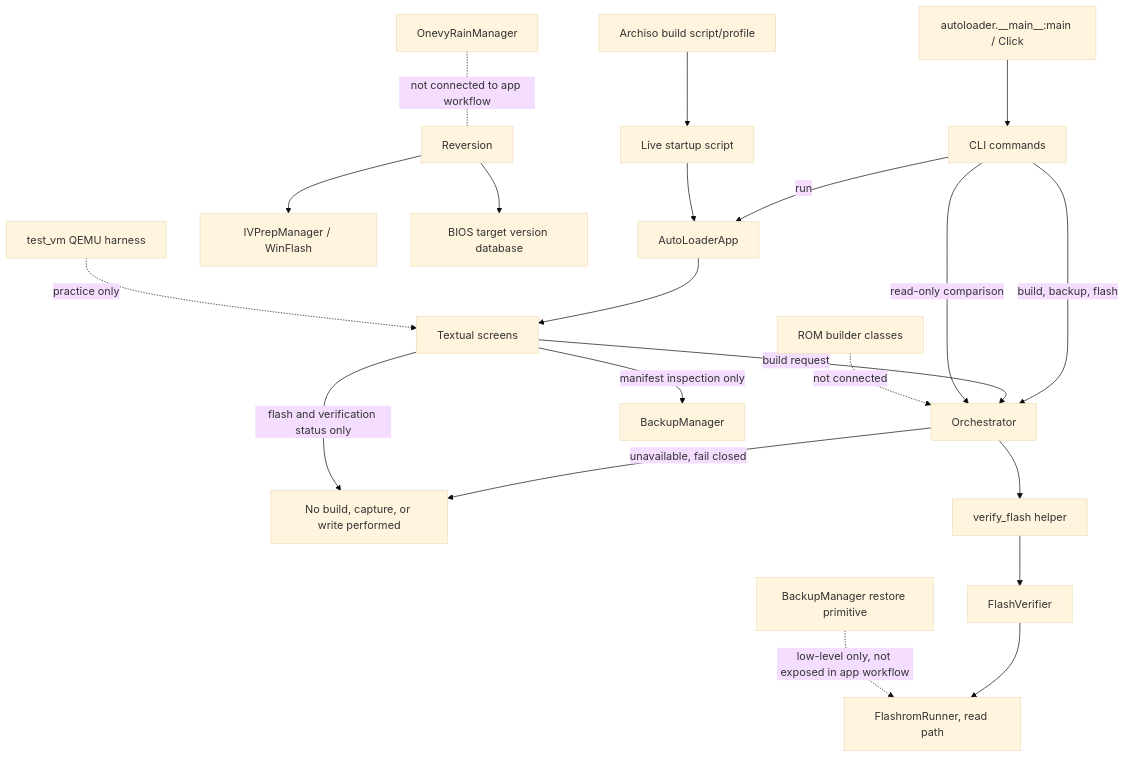
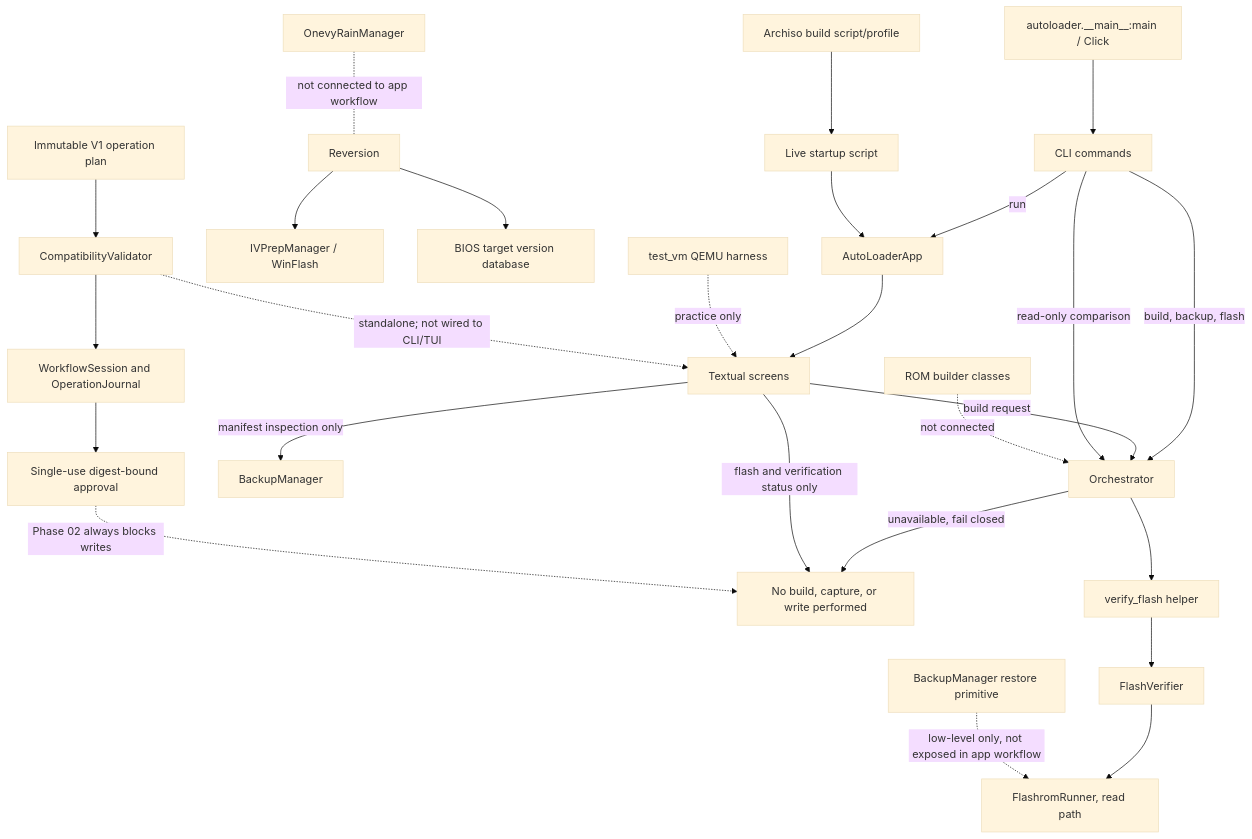
The diagram in docs/v1/ARCHITECTURE.md (abharrison1995-droid/Libre_Core-AutoLoader), drawn with Mermaid (base theme) before and after one commit. The commit also changed other lines of this file and 15 other files, not shown here.

````diff
--- a/docs/v1/ARCHITECTURE.md
+++ b/docs/v1/ARCHITECTURE.md
@@ -5,23 +5,28 @@
 ```mermaid
 flowchart TD
   Entry[autoloader.__main__:main / Click] --> CLI[CLI commands]
   CLI -->|run| App[AutoLoaderApp]
   App --> Screens[Textual screens]
   CLI -->|build, backup, flash| Orch[Orchestrator]
   Screens -->|build request| Orch
   Orch -->|unavailable, fail closed| Result[No build, capture, or write performed]
   CLI -->|read-only comparison| Orch
   Orch --> Verify[verify_flash helper]
   Verify --> FlashVerifier[FlashVerifier]
   FlashVerifier --> Runner[FlashromRunner, read path]
   Screens -->|manifest inspection only| Backup[BackupManager]
   Screens -->|flash and verification status only| Result
   Builder[ROM builder classes] -. not connected .-> Orch
   Restore[BackupManager restore primitive] -. low-level only, not exposed in app workflow .-> Runner
   Reversion --> IVprep[IVPrepManager / WinFlash]
   Reversion --> BIOSDB[BIOS target version database]
   Onevy[OnevyRainManager] -. not connected to app workflow .- Reversion
   USB[Archiso build script/profile] --> Start[Live startup script]
   Start --> App
   VM[test_vm QEMU harness] -. practice only .-> Screens
+  Plan[Immutable V1 operation plan] --> Policy[CompatibilityValidator]
+  Policy --> Journal[WorkflowSession and OperationJournal]
+  Journal --> Approval[Single-use digest-bound approval]
+  Approval -. Phase 02 always blocks writes .-> Result
+  Policy -. standalone; not wired to CLI/TUI .-> Screens
 ```
````
